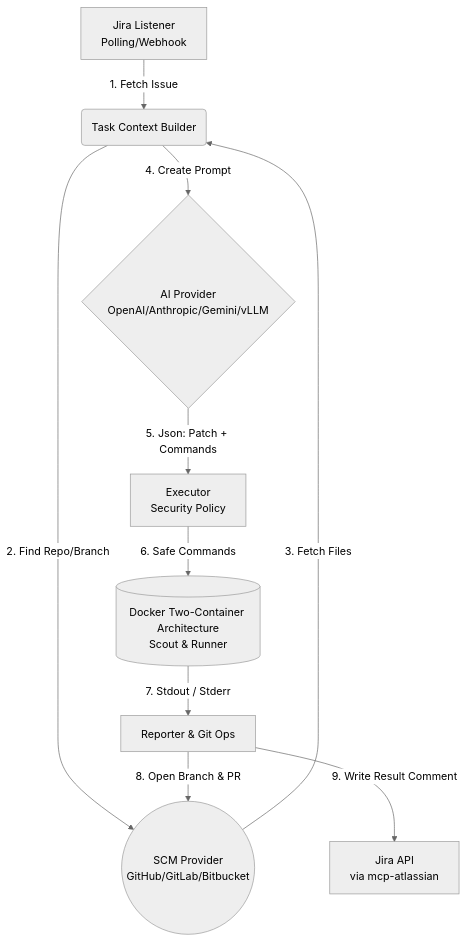
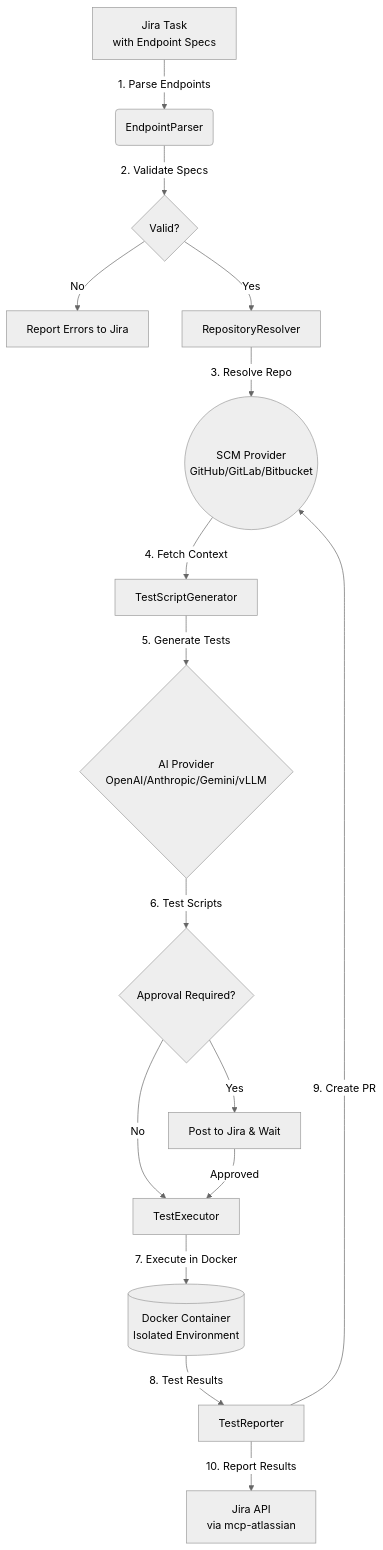
Before and after one commit to ahmetguness/mcp-jira-automation: the diagram in README.md, drawn with Mermaid (neutral theme). The commit also changed other lines of this file and 15 other files, not shown here.

First line of the commit message:
Refactor API testing suite and add integration tests for complete workflow

````diff
--- a/README.md
+++ b/README.md
@@ -11,12 +11,18 @@
 ```mermaid
 graph TD
-    A[Jira Listener<br/>Polling/Webhook] -->|1. Fetch Issue| B(Task Context Builder)
-    B -->|2. Find Repo/Branch| C((SCM Provider<br/>GitHub/GitLab/Bitbucket))
-    C -->|3. Fetch Files| B
-    B -->|4. Create Prompt| D{AI Provider<br/>OpenAI/Anthropic/Gemini/vLLM}
-    D -->|5. Json: Patch + Commands| E[Executor<br/>Security Policy]
-    E -->|6. Safe Commands| F[(Docker Two-Container Architecture<br/>Scout & Runner)]
-    F -->|7. Stdout / Stderr| G[Reporter & Git Ops]
-    G -->|8. Open Branch & PR| C
-    G -->|9. Write Result Comment| H[Jira API<br/>via mcp-atlassian]
+    A[Jira Task<br/>with Endpoint Specs] -->|1. Parse Endpoints| B(EndpointParser)
+    B -->|2. Validate Specs| C{Valid?}
+    C -->|No| D[Report Errors to Jira]
+    C -->|Yes| E[RepositoryResolver]
+    E -->|3. Resolve Repo| F((SCM Provider<br/>GitHub/GitLab/Bitbucket))
+    F -->|4. Fetch Context| G[TestScriptGenerator]
+    G -->|5. Generate Tests| H{AI Provider<br/>OpenAI/Anthropic/Gemini/vLLM}
+    H -->|6. Test Scripts| I{Approval Required?}
+    I -->|Yes| J[Post to Jira & Wait]
+    I -->|No| K[TestExecutor]
+    J -->|Approved| K
+    K -->|7. Execute in Docker| L[(Docker Container<br/>Isolated Environment)]
+    L -->|8. Test Results| M[TestReporter]
+    M -->|9. Create PR| F
+    M -->|10. Report Results| N[Jira API<br/>via mcp-atlassian]
 ```
````
